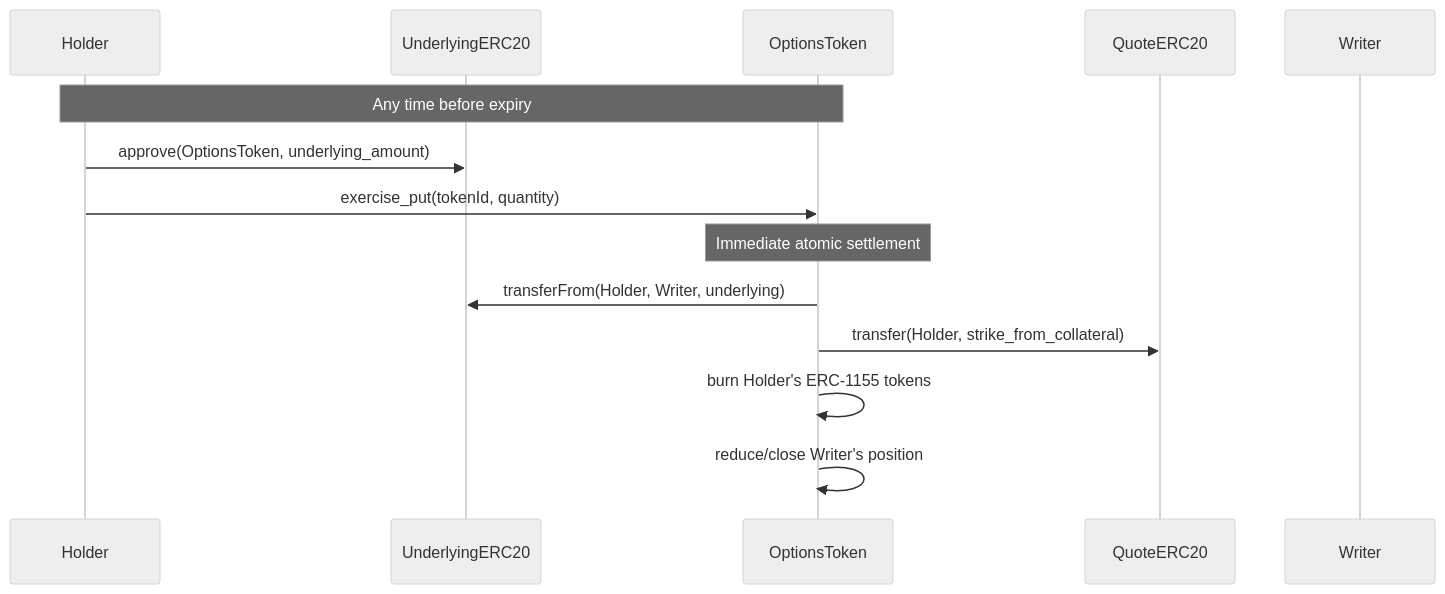
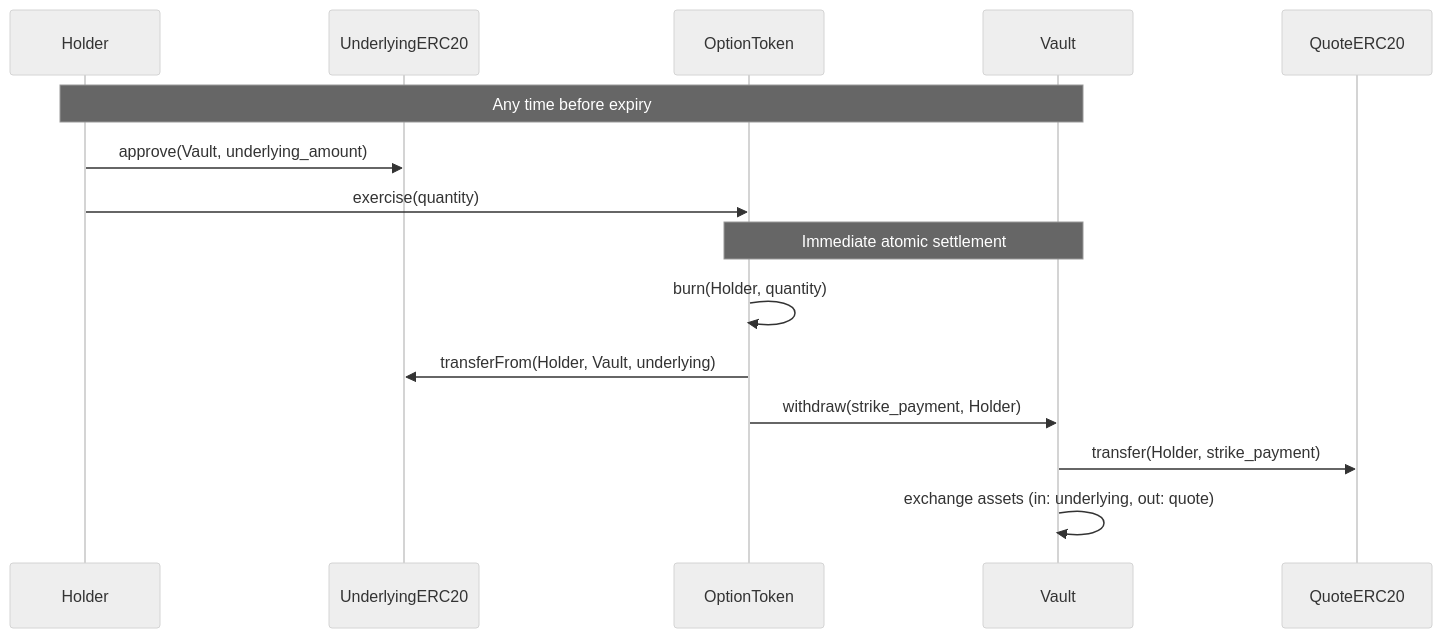
Before and after one commit to 0xgleb/optional: the sixth of 8 diagrams in SPEC.md, drawn with Mermaid (neutral theme). The commit also changed other lines of this file, not shown here.

Commit message:
option vault spec

````diff
--- a/SPEC.md
+++ b/SPEC.md
@@ -323,18 +433,19 @@
 ```mermaid
 sequenceDiagram
     participant Holder
     participant UnderlyingERC20
-    participant OptionsToken
+    participant OptionToken
+    participant Vault
     participant QuoteERC20
-    participant Writer
 
-    Note over Holder,OptionsToken: Any time before expiry
-    Holder->>UnderlyingERC20: approve(OptionsToken, underlying_amount)
-    Holder->>OptionsToken: exercise_put(tokenId, quantity)
+    Note over Holder,Vault: Any time before expiry
+    Holder->>UnderlyingERC20: approve(Vault, underlying_amount)
+    Holder->>OptionToken: exercise(quantity)
 
-    Note over OptionsToken: Immediate atomic settlement
-    OptionsToken->>UnderlyingERC20: transferFrom(Holder, Writer, underlying)
-    OptionsToken->>QuoteERC20: transfer(Holder, strike_from_collateral)
-    OptionsToken->>OptionsToken: burn Holder's ERC-1155 tokens
-    OptionsToken->>OptionsToken: reduce/close Writer's position
+    Note over OptionToken,Vault: Immediate atomic settlement
+    OptionToken->>OptionToken: burn(Holder, quantity)
+    OptionToken->>UnderlyingERC20: transferFrom(Holder, Vault, underlying)
+    OptionToken->>Vault: withdraw(strike_payment, Holder)
+    Vault->>QuoteERC20: transfer(Holder, strike_payment)
+    Vault->>Vault: exchange assets (in: underlying, out: quote)
 ```
````
